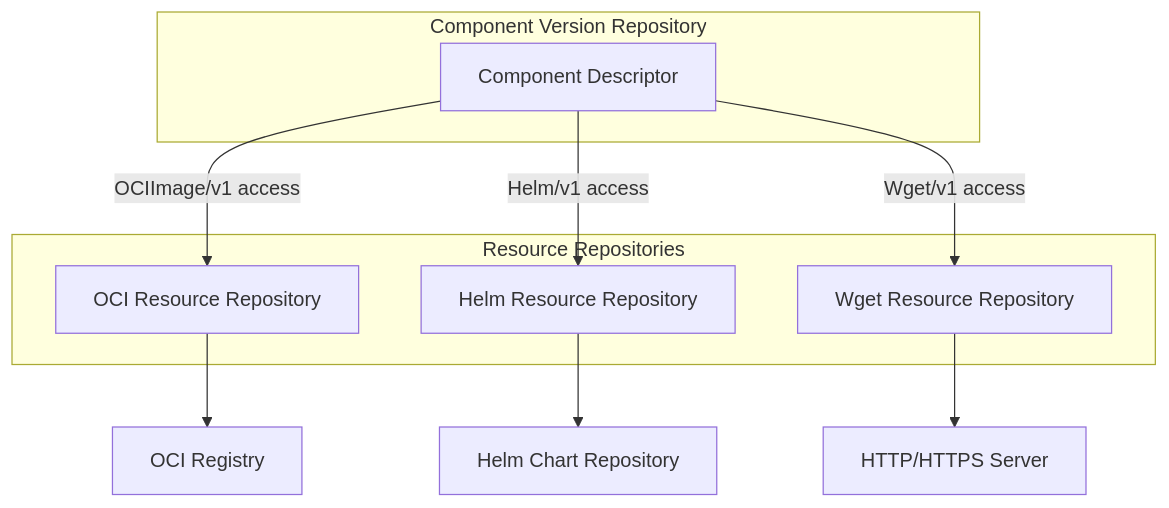
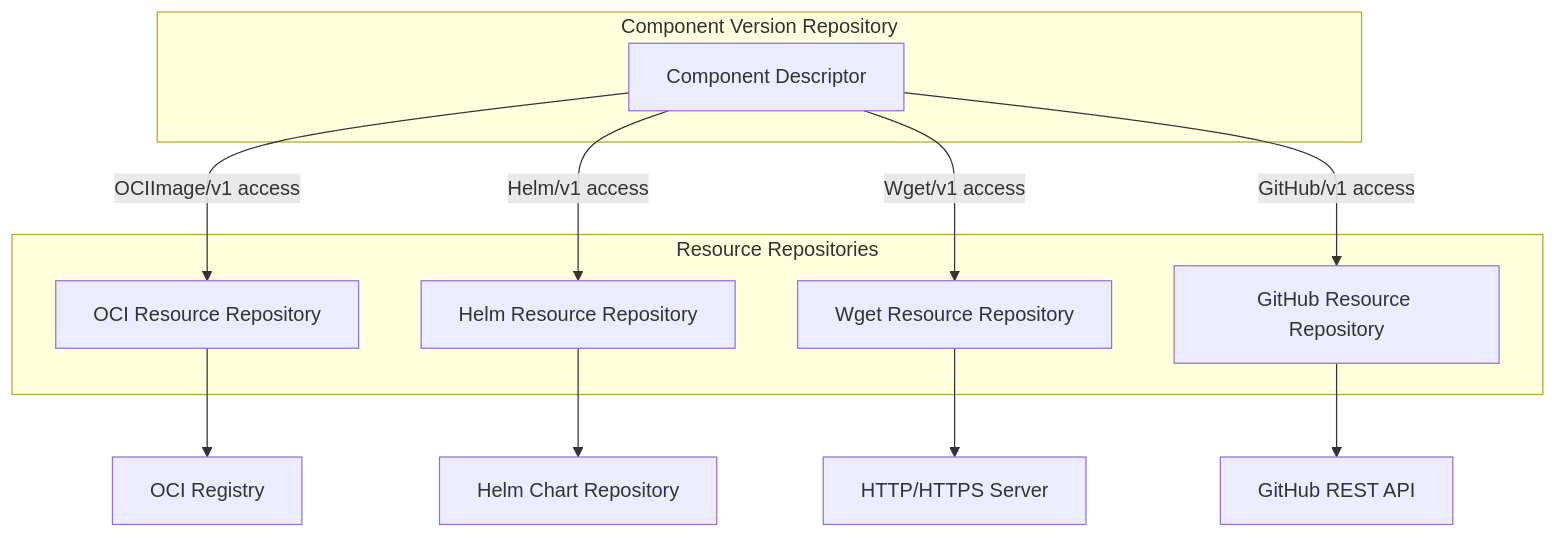
The diagram in website/content/docs/concepts/resource-repositories.md (open-component-model/open-component-model), drawn with Mermaid before and after one commit. The commit also changed 9 other files, not shown here.

First line of the commit message:
docs(website): document the gitHub access type

````diff
--- a/website/content/docs/concepts/resource-repositories.md
+++ b/website/content/docs/concepts/resource-repositories.md
@@ -31,19 +31,22 @@
 ```mermaid
 flowchart TB
     subgraph cv ["Component Version Repository"]
         CD["Component Descriptor"]
     end
 
     subgraph resources ["Resource Repositories"]
         OCI["OCI Resource Repository"]
         Helm["Helm Resource Repository"]
         Wget["Wget Resource Repository"]
+        GitHub["GitHub Resource Repository"]
     end
 
     CD -->|"OCIImage/v1 access"| OCI
     CD -->|"Helm/v1 access"| Helm
     CD -->|"Wget/v1 access"| Wget
+    CD -->|"GitHub/v1 access"| GitHub
     OCI --> Registry["OCI Registry"]
     Helm --> HelmRepo["Helm Chart Repository"]
     Wget --> HTTP["HTTP/HTTPS Server"]
+    GitHub --> GitHubAPI["GitHub REST API"]
 ```
````
